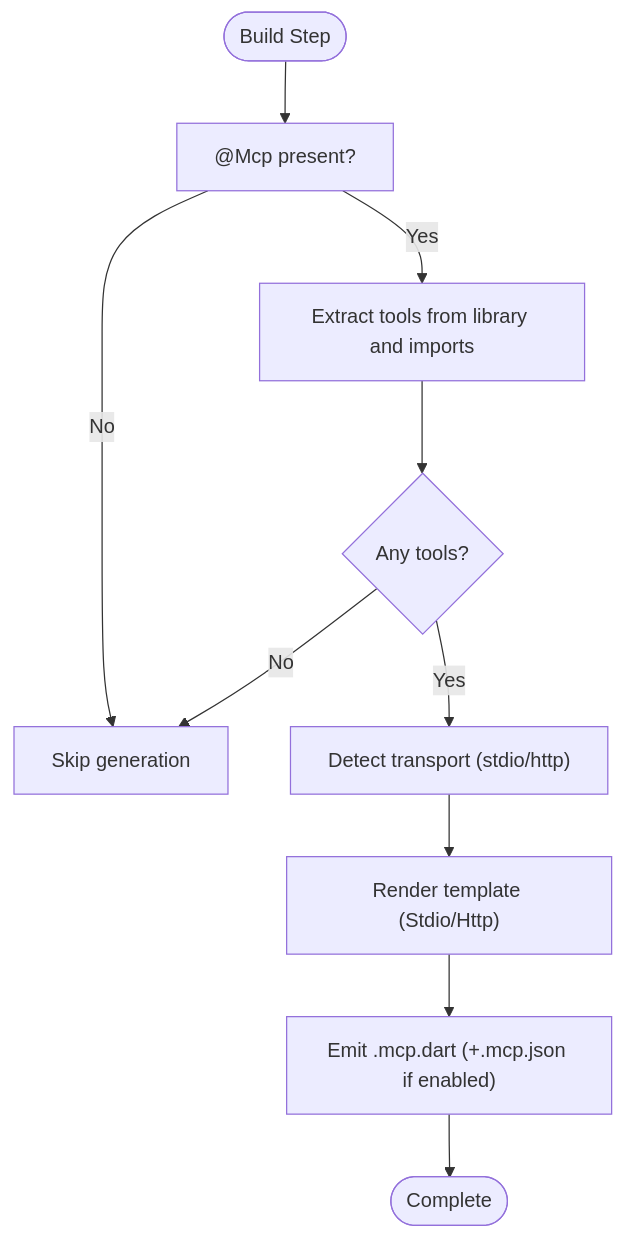
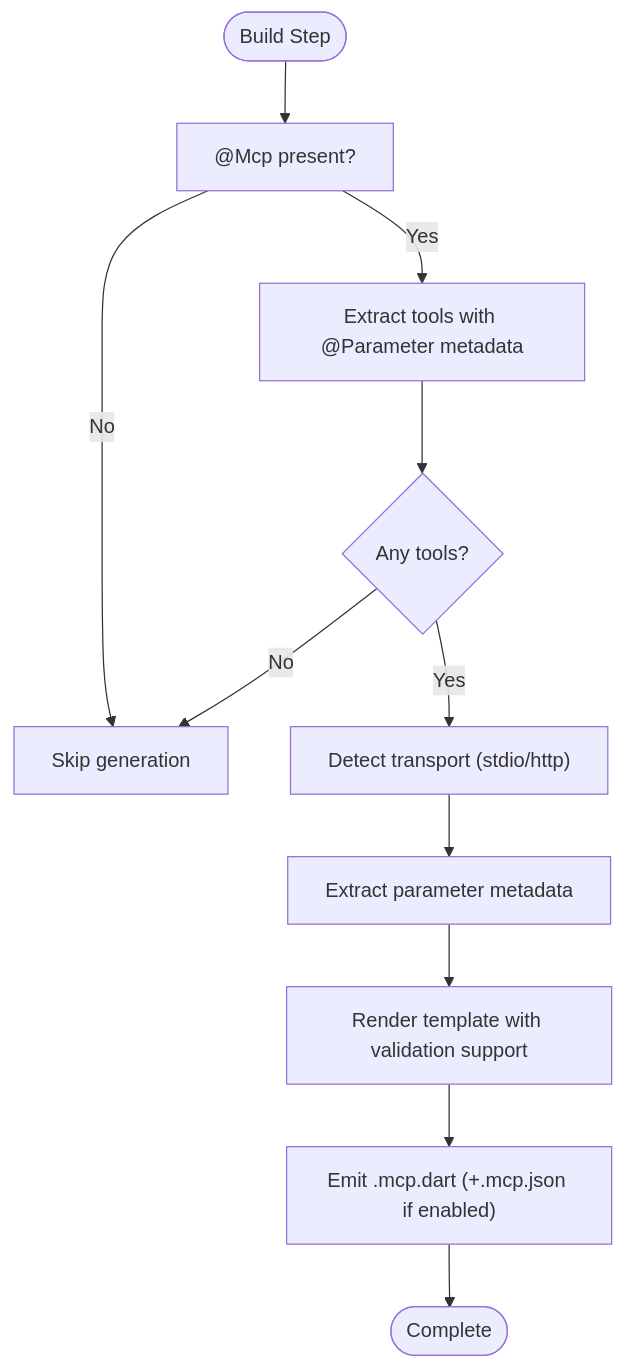
Before and after one commit to cdavis-code/easy_mcp_workspace: the fourth of 9 diagrams in .qoder/repowiki/en/content/Core Concepts/Code Generation Workflow.md, drawn with Mermaid. The commit also changed other lines of this file and 4 other files, not shown here.

````diff
--- a/.qoder/repowiki/en/content/Core Concepts/Code Generation Workflow.md
+++ b/.qoder/repowiki/en/content/Core Concepts/Code Generation Workflow.md
@@ -165,12 +189,13 @@
 ```mermaid
 flowchart TD
 Start(["Build Step"]) --> CheckMcp["@Mcp present?"]
 CheckMcp --> |No| Exit["Skip generation"]
-CheckMcp --> |Yes| Extract["Extract tools from library and imports"]
+CheckMcp --> |Yes| Extract["Extract tools with @Parameter metadata"]
 Extract --> HasTools{"Any tools?"}
 HasTools --> |No| Exit
 HasTools --> |Yes| Transport["Detect transport (stdio/http)"]
-Transport --> Render["Render template (Stdio/Http)"]
+Transport --> ParamMeta["Extract parameter metadata"]
+ParamMeta --> Render["Render template with validation support"]
 Render --> Emit["Emit .mcp.dart (+.mcp.json if enabled)"]
 Emit --> Done(["Complete"])
 ```
````
